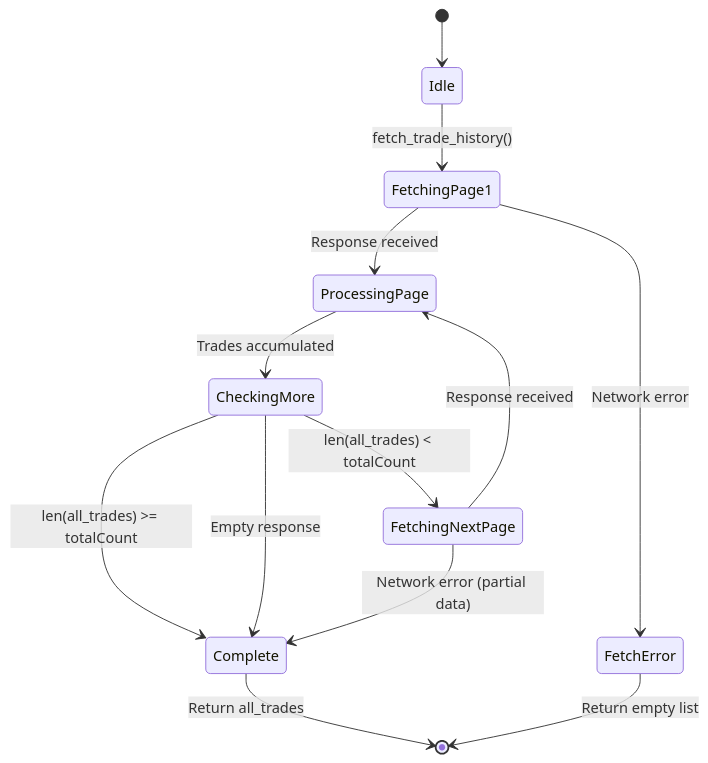
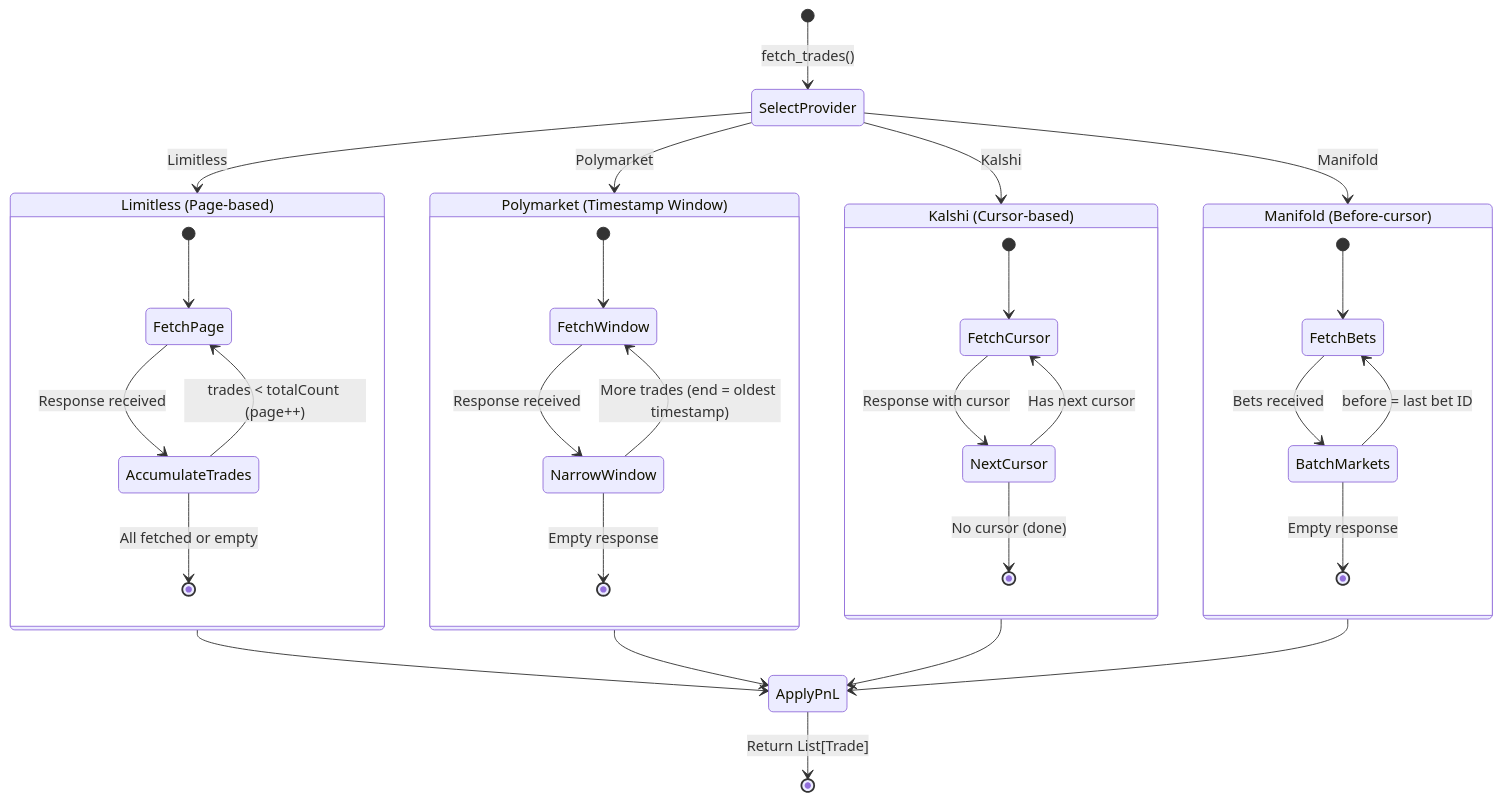
The fourth of 13 diagrams in docs/STATE_MACHINE_DIAGRAMS.md (Frostbite1536/Prediction_Analyzer), drawn with Mermaid before and after one commit. The commit also changed other lines of this file and 6 other files, not shown here.

````diff
--- a/docs/STATE_MACHINE_DIAGRAMS.md
+++ b/docs/STATE_MACHINE_DIAGRAMS.md
@@ -110,21 +190,44 @@
 ```mermaid
 stateDiagram-v2
-    [*] --> Idle
+    [*] --> SelectProvider: fetch_trades()
 
-    Idle --> FetchingPage1: fetch_trade_history()
+    SelectProvider --> LimitlessPagination: Limitless
+    SelectProvider --> PolymarketPagination: Polymarket
+    SelectProvider --> KalshiPagination: Kalshi
+    SelectProvider --> ManifoldPagination: Manifold
 
-    FetchingPage1 --> ProcessingPage: Response received
-    FetchingPage1 --> FetchError: Network error
+    state "Limitless (Page-based)" as LimitlessPagination {
+        [*] --> FetchPage
+        FetchPage --> AccumulateTrades: Response received
+        AccumulateTrades --> FetchPage: trades < totalCount (page++)
+        AccumulateTrades --> [*]: All fetched or empty
+    }
 
-    ProcessingPage --> CheckingMore: Trades accumulated
+    state "Polymarket (Timestamp Window)" as PolymarketPagination {
+        [*] --> FetchWindow
+        FetchWindow --> NarrowWindow: Response received
+        NarrowWindow --> FetchWindow: More trades (end = oldest timestamp)
+        NarrowWindow --> [*]: Empty response
+    }
 
-    CheckingMore --> FetchingNextPage: len(all_trades) < totalCount
-    CheckingMore --> Complete: len(all_trades) >= totalCount
-    CheckingMore --> Complete: Empty response
+    state "Kalshi (Cursor-based)" as KalshiPagination {
+        [*] --> FetchCursor
+        FetchCursor --> NextCursor: Response with cursor
+        NextCursor --> FetchCursor: Has next cursor
+        NextCursor --> [*]: No cursor (done)
+    }
 
-    FetchingNextPage --> ProcessingPage: Response received
-    FetchingNextPage --> Complete: Network error (partial data)
+    state "Manifold (Before-cursor)" as ManifoldPagination {
+        [*] --> FetchBets
+        FetchBets --> BatchMarkets: Bets received
+        BatchMarkets --> FetchBets: before = last bet ID
+        BatchMarkets --> [*]: Empty response
+    }
 
-    Complete --> [*]: Return all_trades
-    FetchError --> [*]: Return empty list
+    LimitlessPagination --> ApplyPnL
+    PolymarketPagination --> ApplyPnL
+    KalshiPagination --> ApplyPnL
+    ManifoldPagination --> ApplyPnL
+
+    ApplyPnL --> [*]: Return List[Trade]
 ```
````
